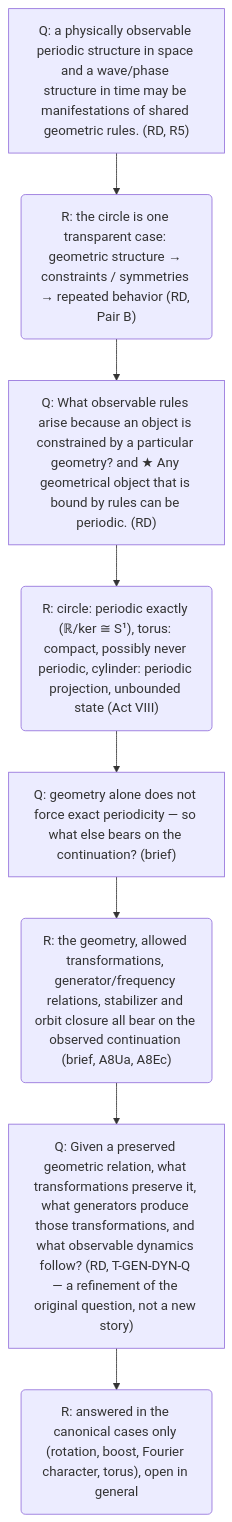
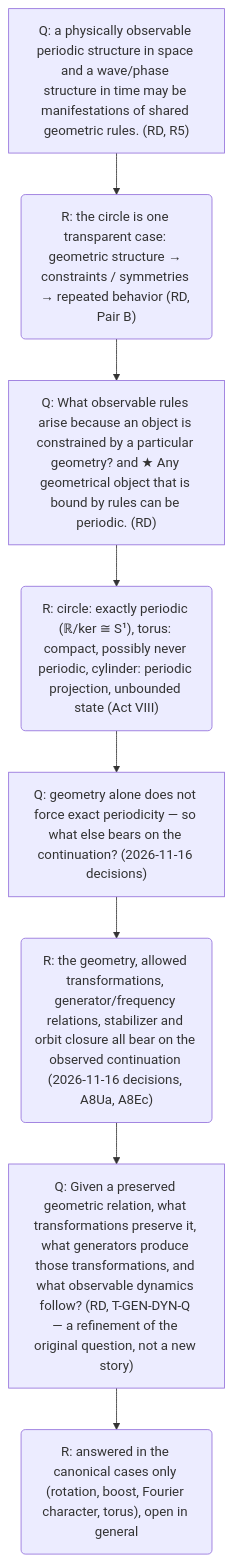
The sixth of 11 diagrams in research/canonical_story.md (nadiapriyam/ENERGEO), drawn with Mermaid before and after one commit. The commit also changed other lines of this file and 18 other files, not shown here.

First line of the commit message:
Act VIII final lock: story and mathematics aligned

````diff
--- a/research/canonical_story.md
+++ b/research/canonical_story.md
@@ -225,18 +294,18 @@
 ```mermaid
 flowchart TD
   PB0["Q: a physically observable periodic structure in space and a wave/phase structure in time may be manifestations of shared geometric rules. (RD, R5)"]
   PB1("R: the circle is one transparent case: geometric structure → constraints / symmetries → repeated behavior (RD, Pair B)")
   PB0 --> PB1
   PB2["Q: What observable rules arise because an object is constrained by a particular geometry? and ★ Any geometrical object that is bound by rules can be periodic. (RD)"]
   PB1 --> PB2
-  PB3("R: circle: periodic exactly (ℝ/ker ≅ S¹), torus: compact, possibly never periodic, cylinder: periodic projection, unbounded state (Act VIII)")
+  PB3("R: circle: exactly periodic (ℝ/ker ≅ S¹), torus: compact, possibly never periodic, cylinder: periodic projection, unbounded state (Act VIII)")
   PB2 --> PB3
-  PB4["Q: geometry alone does not force exact periodicity — so what else bears on the continuation? (brief)"]
+  PB4["Q: geometry alone does not force exact periodicity — so what else bears on the continuation? (2026-11-16 decisions)"]
   PB3 --> PB4
-  PB5("R: the geometry, allowed transformations, generator/frequency relations, stabilizer and orbit closure all bear on the observed continuation (brief, A8Ua, A8Ec)")
+  PB5("R: the geometry, allowed transformations, generator/frequency relations, stabilizer and orbit closure all bear on the observed continuation (2026-11-16 decisions, A8Ua, A8Ec)")
   PB4 --> PB5
   PB6["Q: Given a preserved geometric relation, what transformations preserve it, what generators produce those transformations, and what observable dynamics follow? (RD, T-GEN-DYN-Q — a refinement of the original question, not a new story)"]
   PB5 --> PB6
   PB7("R: answered in the canonical cases only (rotation, boost, Fourier character, torus), open in general")
   PB6 --> PB7
 ```
````
